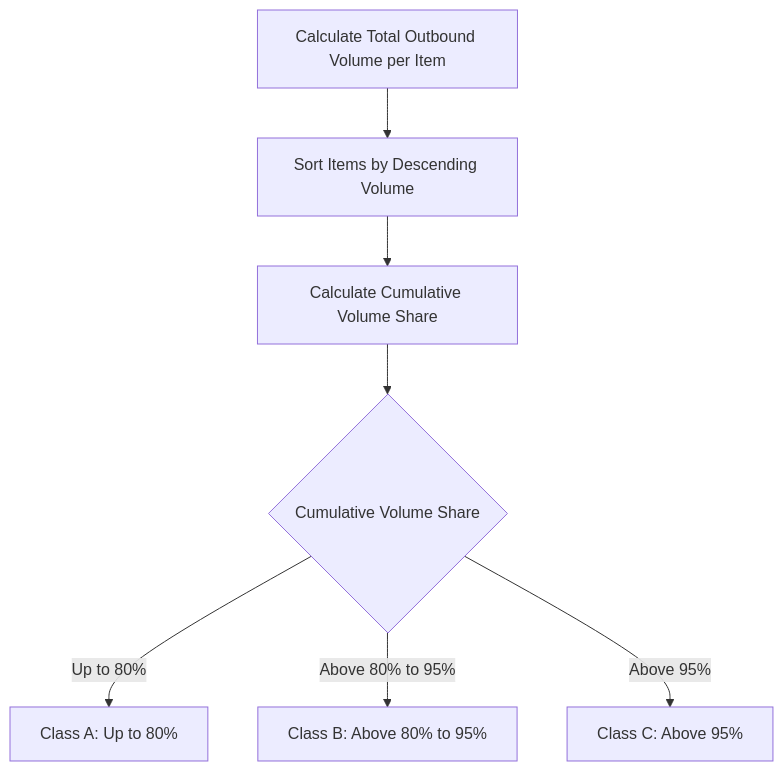
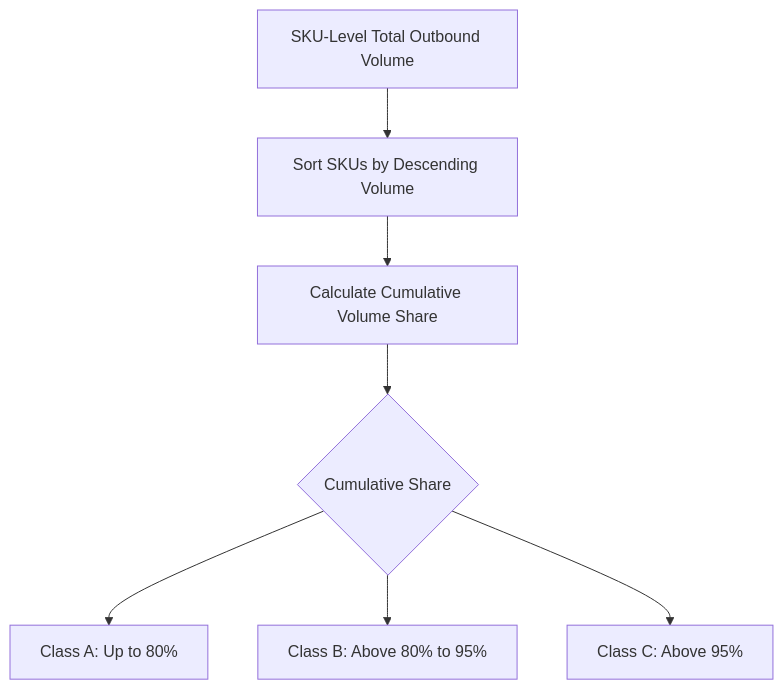
One commit to AshutoshTembhekar/supply-chain-inventory-optimization changed the second of 6 diagrams in README.md. Above: the diagram before and after it, drawn with Mermaid. The commit also changed other lines of this file, not shown here.

````diff
--- a/README.md
+++ b/README.md
@@ -168,15 +180,15 @@
 ```mermaid
 flowchart TD
-    A["Calculate Total Outbound Volume per Item"]
-    B["Sort Items by Descending Volume"]
+    A["SKU-Level Total Outbound Volume"]
+    B["Sort SKUs by Descending Volume"]
     C["Calculate Cumulative Volume Share"]
-    D{"Cumulative Volume Share"}
+    D{"Cumulative Share"}
     E["Class A: Up to 80%"]
     F["Class B: Above 80% to 95%"]
     G["Class C: Above 95%"]
 
     A --> B --> C --> D
-    D -->|Up to 80%| E
-    D -->|Above 80% to 95%| F
-    D -->|Above 95%| G
+    D --> E
+    D --> F
+    D --> G
 ```
````
